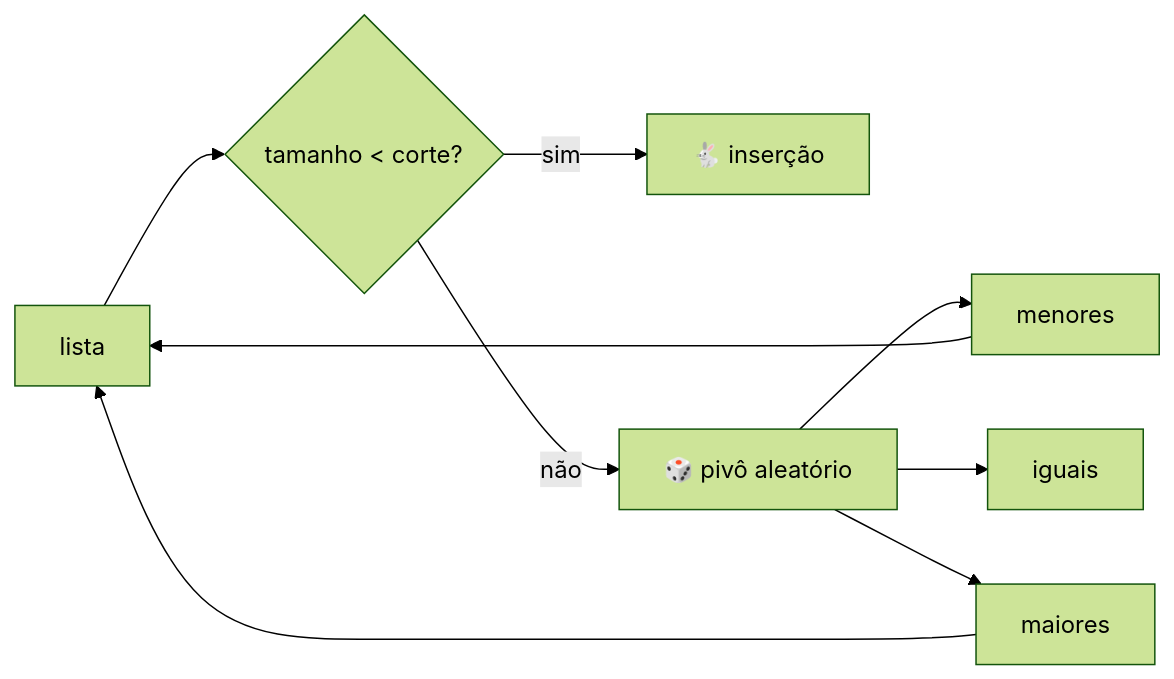
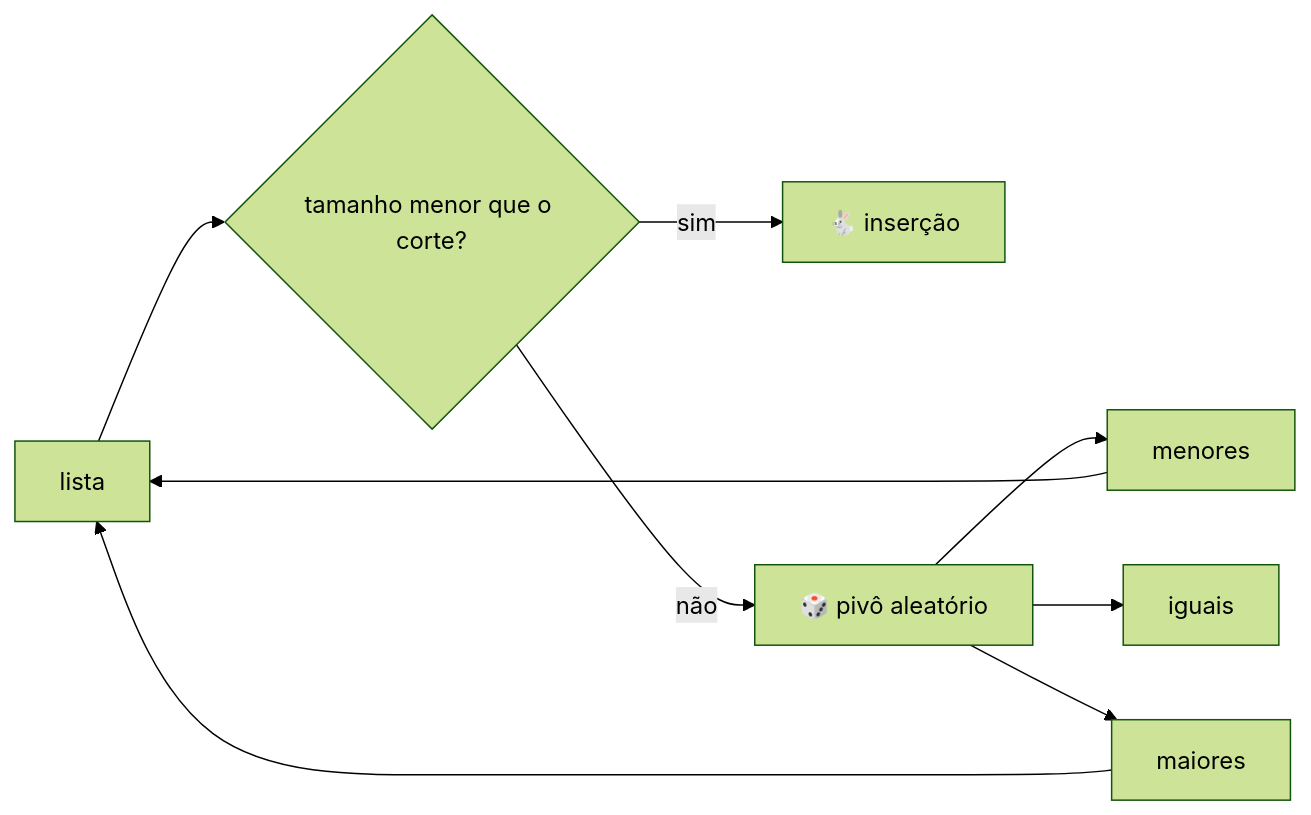
One commit to Arthur-Gmb/quicksort-hibrido changed the diagram in README.md. Above: the diagram before and after it, drawn with Mermaid (forest theme). The commit also changed other lines of this file and 31 other files, not shown here.

````diff
--- a/README.md
+++ b/README.md
@@ -42,11 +51,11 @@
 ```mermaid
 flowchart LR
-    A["lista"] --> B{"tamanho &lt; corte?"}
+    A["lista"] --> B{"tamanho menor que o corte?"}
     B -- "sim" --> C["🐇 inserção"]
     B -- "não" --> D["🎲 pivô aleatório"]
     D --> E["menores"]
     D --> F["iguais"]
     D --> G["maiores"]
     E --> A
     G --> A
 ```
````
